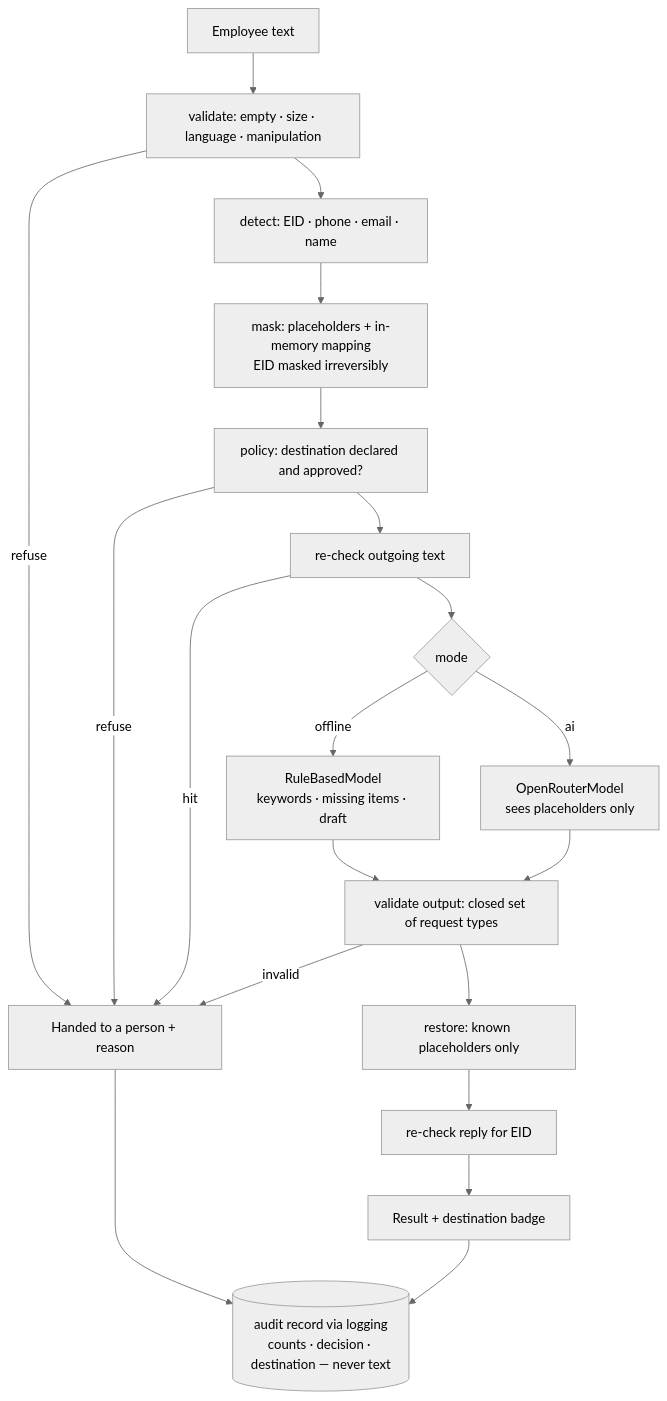
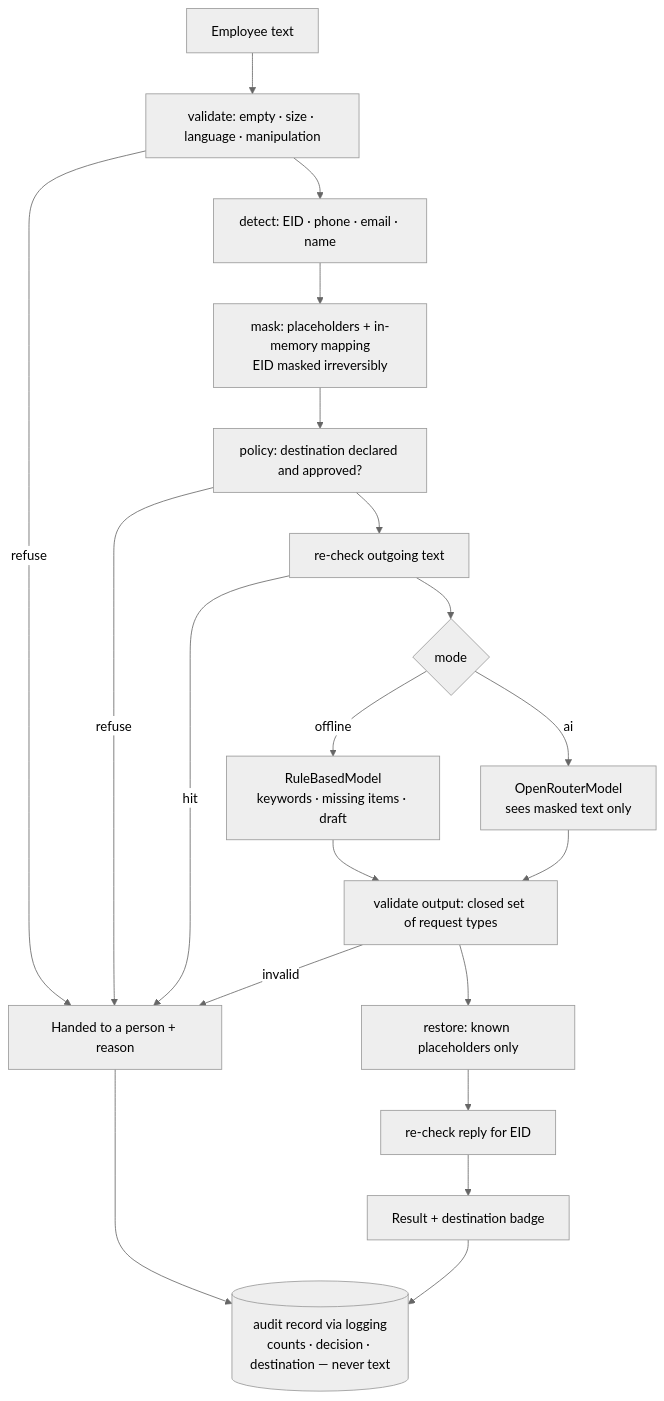
One commit to umarmk/sitr changed the diagram in docs/ARCHITECTURE.md. Above: the diagram before and after it, drawn with Mermaid (neutral theme). The commit also changed other lines of this file and 7 other files, not shown here.

First line of the commit message:
fix: qualify the placeholders-only claim; recased second pass for lowercase names

````diff
--- a/docs/ARCHITECTURE.md
+++ b/docs/ARCHITECTURE.md
@@ -5,22 +5,22 @@
 ```mermaid
 flowchart TD
     IN[Employee text] --> V[validate: empty · size · language · manipulation]
     V -->|refuse| HP[Handed to a person + reason]
     V --> D[detect: EID · phone · email · name]
     D --> M[mask: placeholders + in-memory mapping<br/>EID masked irreversibly]
     M --> P[policy: destination declared and approved?]
     P -->|refuse| HP
     P --> R1[re-check outgoing text]
     R1 -->|hit| HP
     R1 --> MODEL{mode}
     MODEL -->|offline| RB[RuleBasedModel<br/>keywords · missing items · draft]
-    MODEL -->|ai| OR[OpenRouterModel<br/>sees placeholders only]
+    MODEL -->|ai| OR[OpenRouterModel<br/>sees masked text only]
     RB --> VAL[validate output: closed set of request types]
     OR --> VAL
     VAL -->|invalid| HP
     VAL --> RS[restore: known placeholders only]
     RS --> R2[re-check reply for EID]
     R2 --> OUT[Result + destination badge]
     OUT --> AUD[(audit record via logging<br/>counts · decision · destination — never text)]
     HP --> AUD
 ```
````
